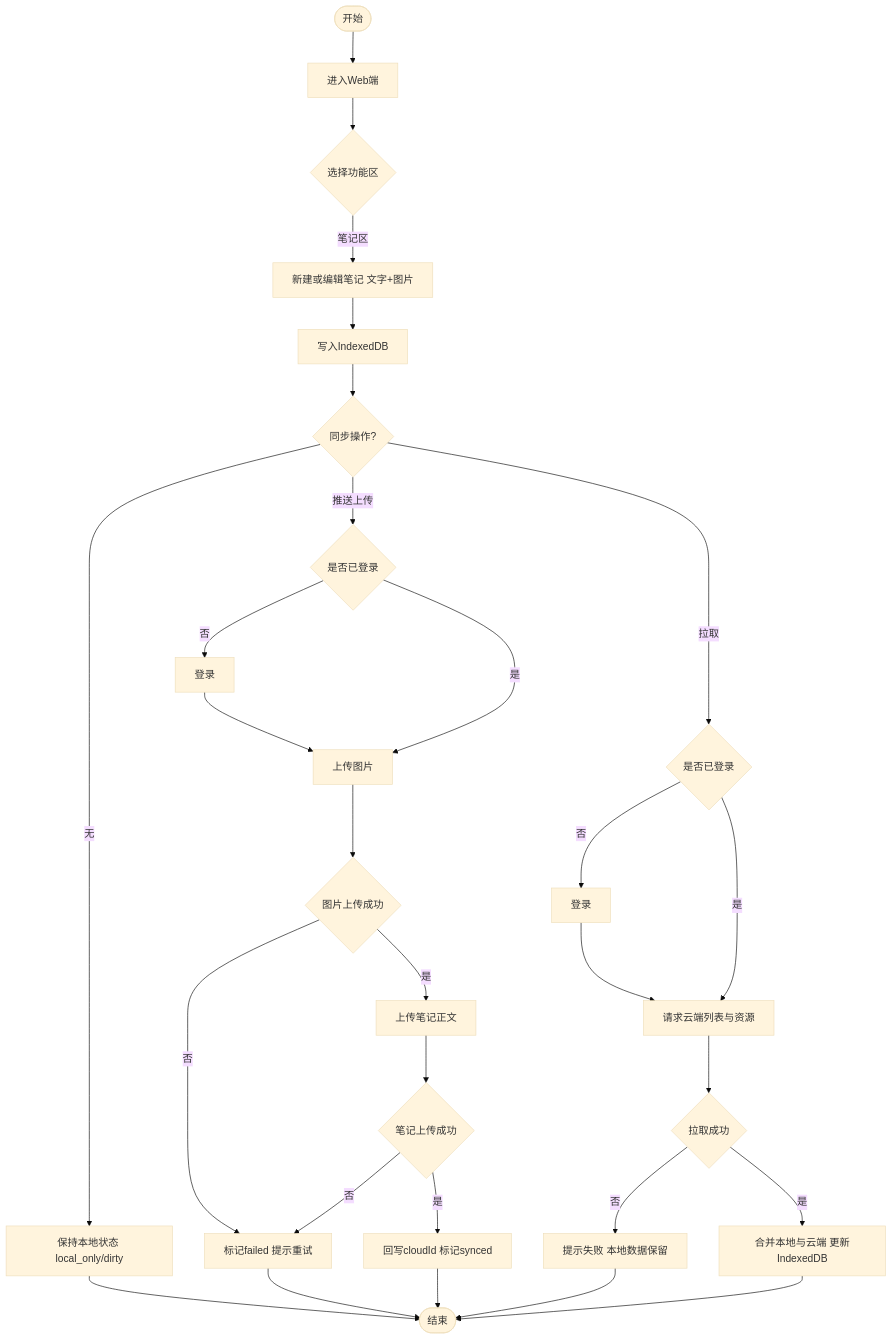
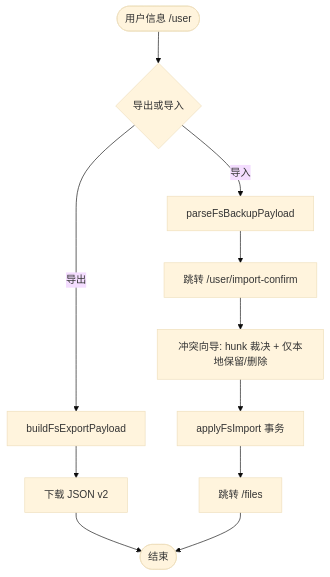
One commit to a327921510/my-notes changed the second of 4 diagrams in docs/用户流程图.md. Above: the diagram before and after it, drawn with Mermaid (base theme). The commit also changed other lines of this file and 14 other files, not shown here.

````diff
--- a/docs/用户流程图.md
+++ b/docs/用户流程图.md
@@ -26,31 +15,13 @@
 ```mermaid
 flowchart TD
-  A([开始]) --> B[进入Web端]
-  B --> C{选择功能区}
-  C -->|笔记区| D[新建或编辑笔记 文字+图片]
-  D --> E[写入IndexedDB]
-  E --> F{同步操作?}
-  F -->|无| G[保持本地状态 local_only/dirty]
-  G --> Z([结束])
-  F -->|推送上传| H{是否已登录}
-  H -->|否| I[登录]
-  I --> J[上传图片]
-  H -->|是| J
-  J --> K{图片上传成功}
-  K -->|否| L[标记failed 提示重试]
-  L --> Z
-  K -->|是| M[上传笔记正文]
-  M --> N{笔记上传成功}
-  N -->|否| L
-  N -->|是| O[回写cloudId 标记synced]
-  O --> Z
-  F -->|拉取| P{是否已登录}
-  P -->|否| Q[登录]
-  Q --> R[请求云端列表与资源]
-  P -->|是| R
-  R --> S{拉取成功}
-  S -->|否| T[提示失败 本地数据保留]
-  T --> Z
-  S -->|是| U[合并本地与云端 更新IndexedDB]
-  U --> Z
+  A([用户信息 /user]) --> B{导出或导入}
+  B -->|导出| C[buildFsExportPayload]
+  C --> D[下载 JSON v2]
+  D --> Z([结束])
+  B -->|导入| E[parseFsBackupPayload]
+  E --> F[跳转 /user/import-confirm]
+  F --> G[冲突向导: hunk 裁决 + 仅本地保留/删除]
+  G --> H[applyFsImport 事务]
+  H --> I[跳转 /files]
+  I --> Z
 ```
````
